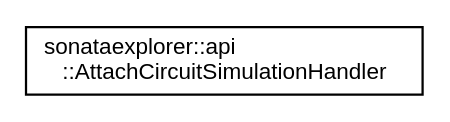
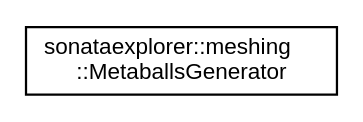
One commit to BlueBrain/BioExplorer changed the diagram in docs/inherit_graph_235.dot. Above: the diagram before and after it, drawn with Graphviz. The commit also changed 1499 other files, not shown here.

```diff
--- a/docs/inherit_graph_235.dot
+++ b/docs/inherit_graph_235.dot
@@ -1,8 +1,8 @@
 digraph "Graphical Class Hierarchy"
 {
  // LATEX_PDF_SIZE
   edge [fontname="Helvetica",fontsize="10",labelfontname="Helvetica",labelfontsize="10"];
   node [fontname="Helvetica",fontsize="10",shape=record];
   rankdir="LR";
-  Node0 [label="sonataexplorer::api\l::AttachCircuitSimulationHandler",height=0.2,width=0.4,color="black", fillcolor="white", style="filled",URL="$d7/db5/structsonataexplorer_1_1api_1_1AttachCircuitSimulationHandler.html",tooltip=" "];
+  Node0 [label="sonataexplorer::meshing\l::MetaballsGenerator",height=0.2,width=0.4,color="black", fillcolor="white", style="filled",URL="$de/d14/classsonataexplorer_1_1meshing_1_1MetaballsGenerator.html",tooltip=" "];
 }
```
